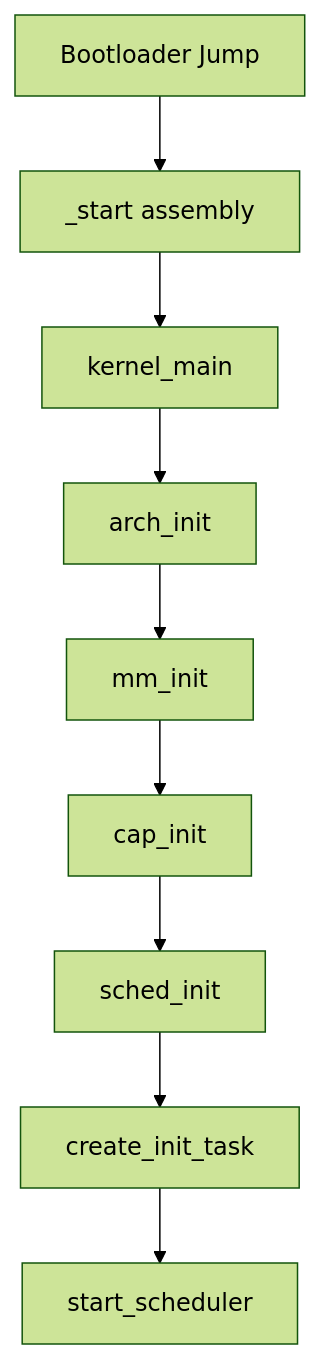
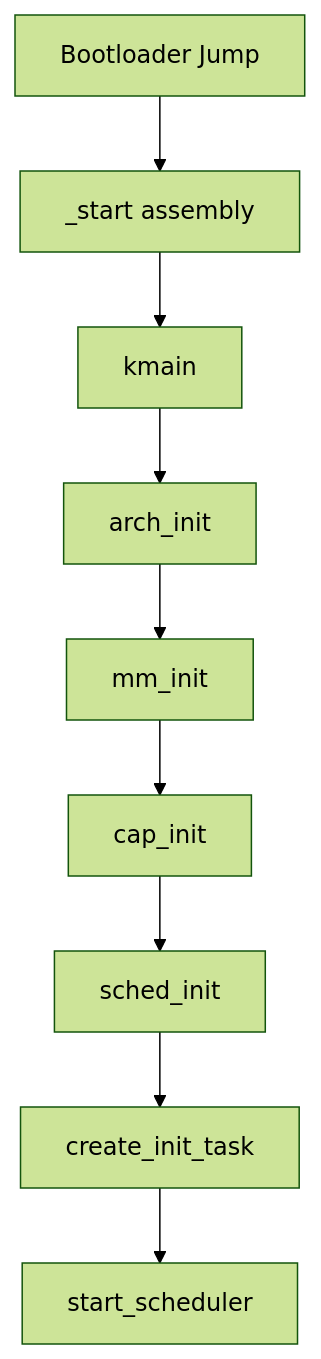
Before and after one commit to SaltyOS/SaltyOS: the diagram in docs/design/kernel.md, drawn with Mermaid (forest theme). The commit also changed other lines of this file and 11 other files, not shown here.

````diff
--- a/docs/design/kernel.md
+++ b/docs/design/kernel.md
@@ -96,11 +121,11 @@
 ```mermaid
 graph TD
     A[Bootloader Jump] --> B[_start assembly]
-    B --> C[kernel_main]
+    B --> C[kmain]
     C --> D[arch_init]
     D --> E[mm_init]
     E --> F[cap_init]
     F --> G[sched_init]
     G --> H[create_init_task]
     H --> I[start_scheduler]
 ```
````
